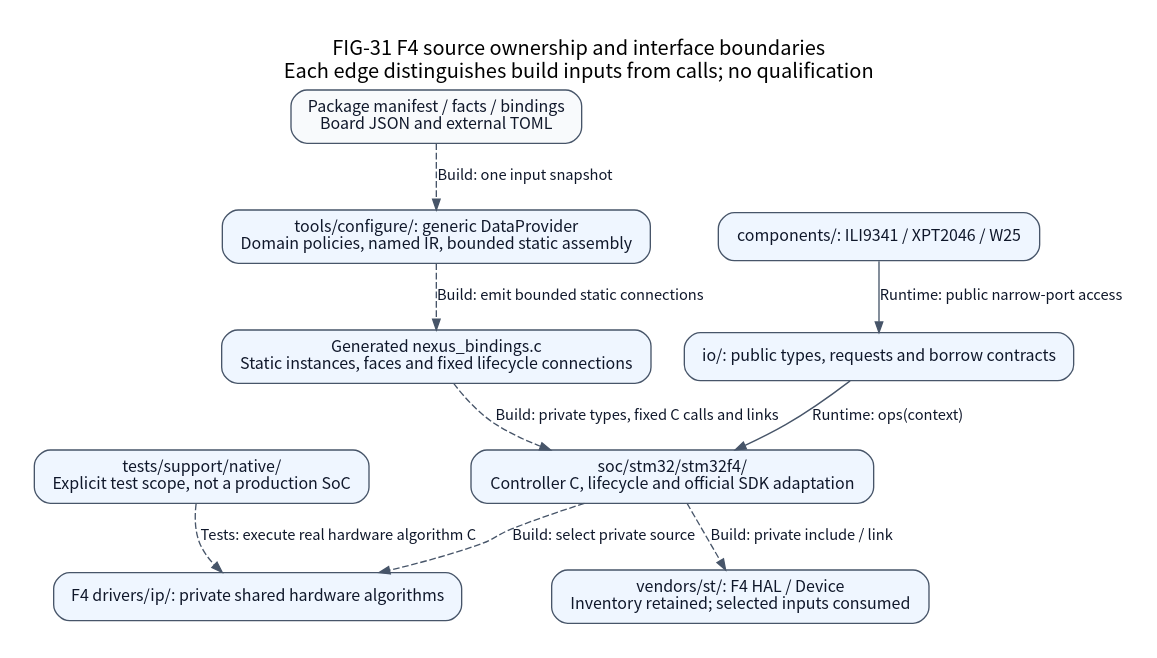
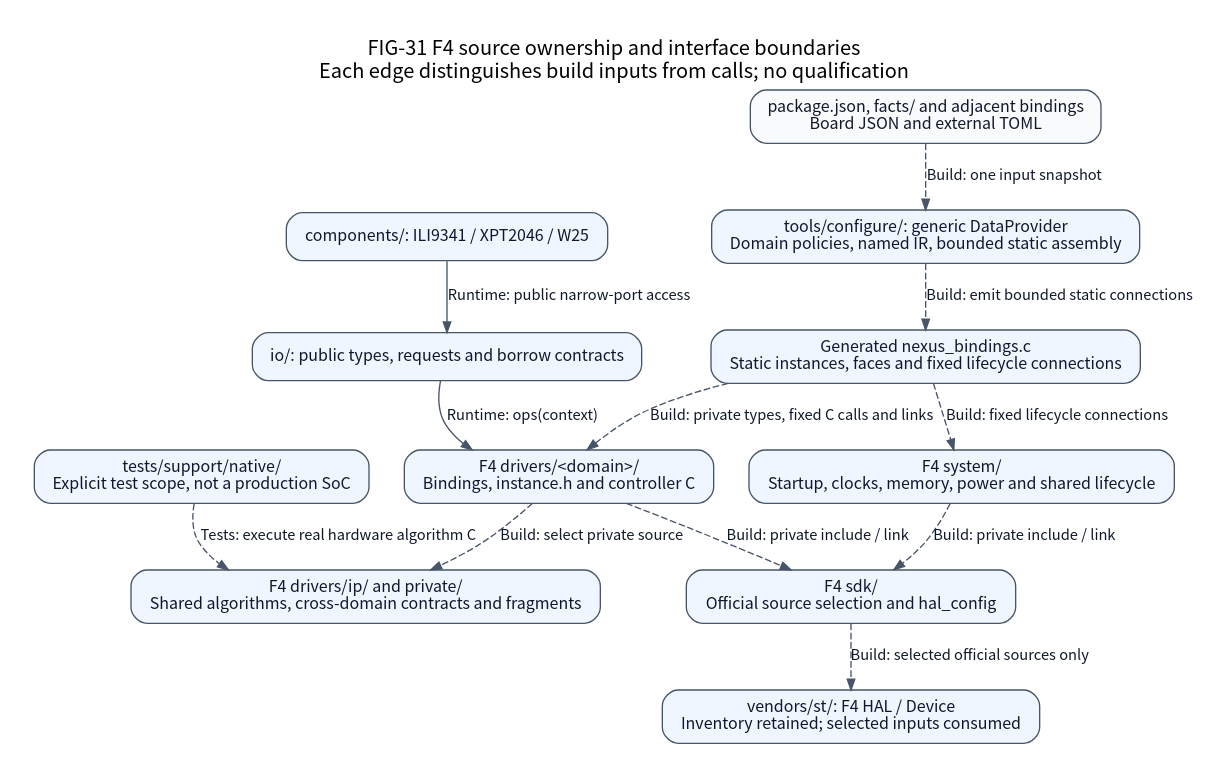
The diagram in docs/assets/diagrams/localized/en/driver-source-ownership.dot (X-Gen-Lab/nexus), drawn with Graphviz before and after one commit. The commit also changed 935 other files, not shown here.

Commit message:
refactor(soc): organize STM32F4 package by responsibility

```diff
--- a/docs/assets/diagrams/localized/en/driver-source-ownership.dot
+++ b/docs/assets/diagrams/localized/en/driver-source-ownership.dot
@@ -1,24 +1,29 @@
 // Current scoped view. Build-time arrows and runtime calls are labeled explicitly.
 // Code basis: soc/stm32/stm32f4/CMakeLists.txt; tools/configure/data_provider.py; bindings.py; tests/support/native/CMakeLists.txt; io/include/nexus/io
 digraph F4SourceOwnership {
     graph [label="FIG-31 F4 source ownership and interface boundaries\nEach edge distinguishes build inputs from calls; no qualification", rankdir=TB, bgcolor="white", pad=0.25, nodesep=0.35, ranksep=0.52, fontname="Noto Sans CJK SC", fontsize=15, labelloc=t];
     node [shape=box, style="rounded,filled", fillcolor="#eff6ff", color="#475569", fontcolor="#0f172a", fontname="Noto Sans CJK SC", fontsize=12, margin="0.16,0.10"];
     edge [color="#475569", fontcolor="#0f172a", fontname="Noto Sans CJK SC", fontsize=11, arrowsize=0.8];
     io [label="io/: public types, requests and borrow contracts"];
-    f4 [label="soc/stm32/stm32f4/\nController C, lifecycle and official SDK adaptation"];
-    ip [label="F4 drivers/ip/: private shared hardware algorithms"];
+    f4 [label="F4 drivers/<domain>/\nBindings, instance.h and controller C"];
+    system [label="F4 system/\nStartup, clocks, memory, power and shared lifecycle"];
+    ip [label="F4 drivers/ip/ and private/\nShared algorithms, cross-domain contracts and fragments"];
+    sdk [label="F4 sdk/\nOfficial source selection and hal_config"];
     vendor [label="vendors/st/: F4 HAL / Device\nInventory retained; selected inputs consumed"];
     host [label="tests/support/native/\nExplicit test scope, not a production SoC"];
     components [label="components/: ILI9341 / XPT2046 / W25"];
-    facts [label="Package manifest / facts / bindings\nBoard JSON and external TOML", fillcolor="#f8fafc"];
+    facts [label="package.json, facts/ and adjacent bindings\nBoard JSON and external TOML", fillcolor="#f8fafc"];
     config [label="tools/configure/: generic DataProvider\nDomain policies, named IR, bounded static assembly"];
     assembly [label="Generated nexus_bindings.c\nStatic instances, faces and fixed lifecycle connections"];
     components -> io [label="Runtime: public narrow-port access"];
     io -> f4 [label="Runtime: ops(context)"];
     f4 -> ip [label="Build: select private source", style=dashed];
-    f4 -> vendor [label="Build: private include / link", style=dashed];
+    f4 -> sdk [label="Build: private include / link", style=dashed];
+    system -> sdk [label="Build: private include / link", style=dashed];
+    sdk -> vendor [label="Build: selected official sources only", style=dashed];
     host -> ip [label="Tests: execute real hardware algorithm C", style=dashed];
     facts -> config [label="Build: one input snapshot", style=dashed];
     config -> assembly [label="Build: emit bounded static connections", style=dashed];
     assembly -> f4 [label="Build: private types, fixed C calls and links", style=dashed];
+    assembly -> system [label="Build: fixed lifecycle connections", style=dashed];
 }
```
